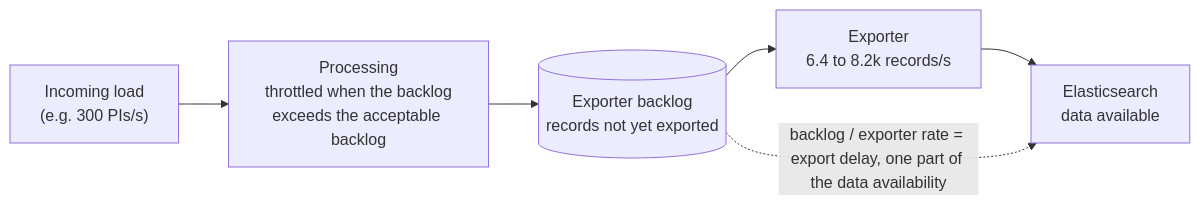
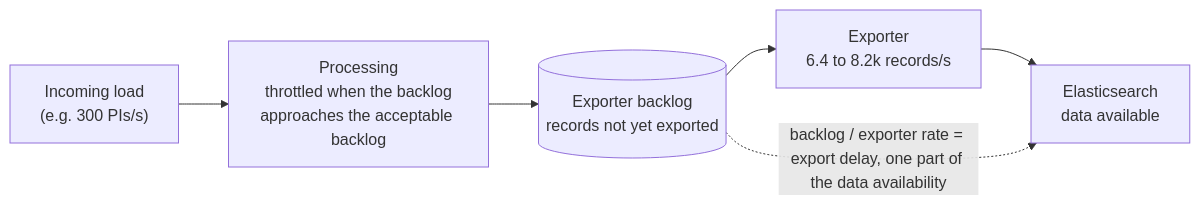
One commit to zeebe-io/zeebe-chaos changed the first of 7 diagrams in chaos-days/blog/2026-10-15-Experiment-with-flow-control/index.md. Above: the diagram before and after it, drawn with Mermaid. The commit also changed other lines of this file, not shown here.

First line of the commit message:
blog: say that the throttling starts at half of the acceptable backlog

````diff
--- a/chaos-days/blog/2026-10-15-Experiment-with-flow-control/index.md
+++ b/chaos-days/blog/2026-10-15-Experiment-with-flow-control/index.md
@@ -26,8 +26,8 @@
 ```mermaid
 flowchart LR
-    A["Incoming load<br/>(e.g. 300 PIs/s)"] --> B["Processing<br/>throttled when the backlog<br/>exceeds the acceptable backlog"]
+    A["Incoming load<br/>(e.g. 300 PIs/s)"] --> B["Processing<br/>throttled when the backlog<br/>approaches the acceptable backlog"]
     B --> C[("Exporter backlog<br/>records not yet exported")]
     C --> D["Exporter<br/>6.4 to 8.2k records/s"]
     D --> E["Elasticsearch<br/>data available"]
     C -. "backlog / exporter rate = export delay, one part of the data availability" .-> E
 ```
````
